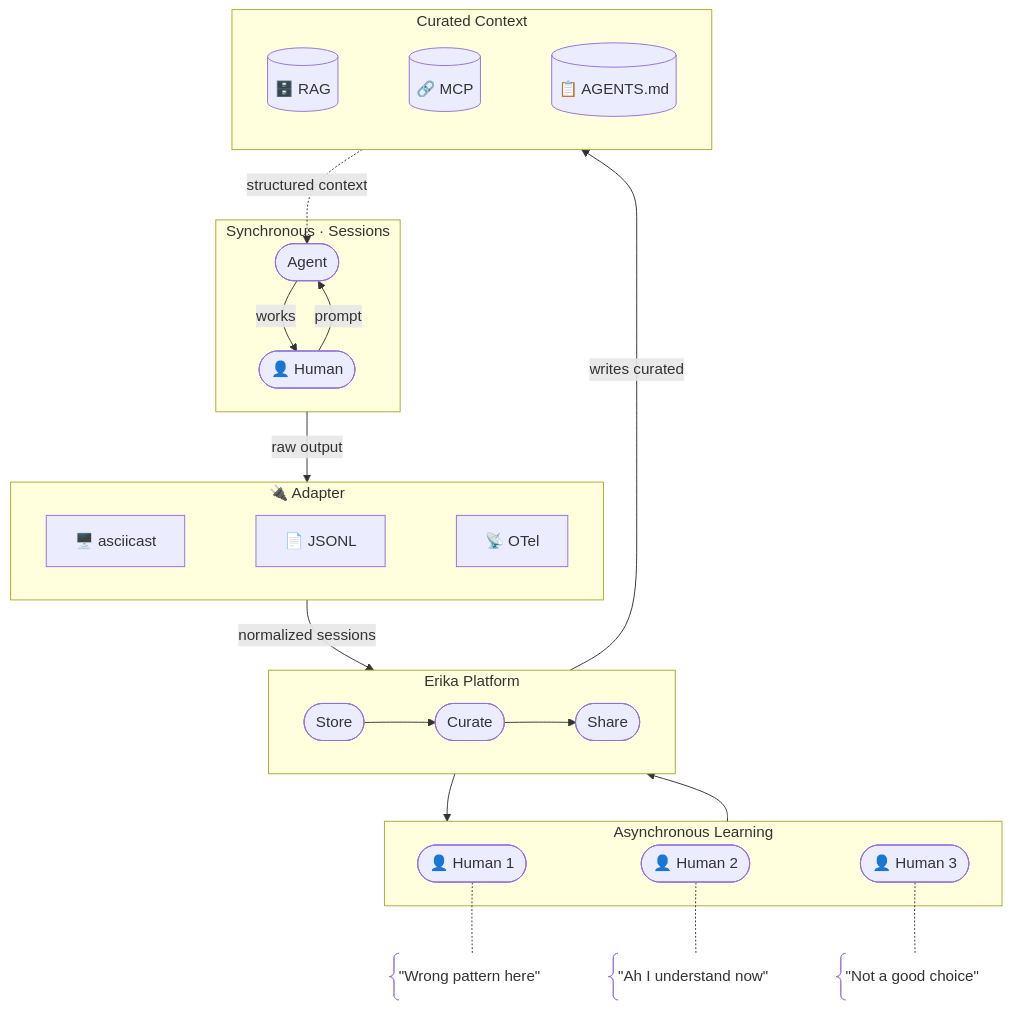
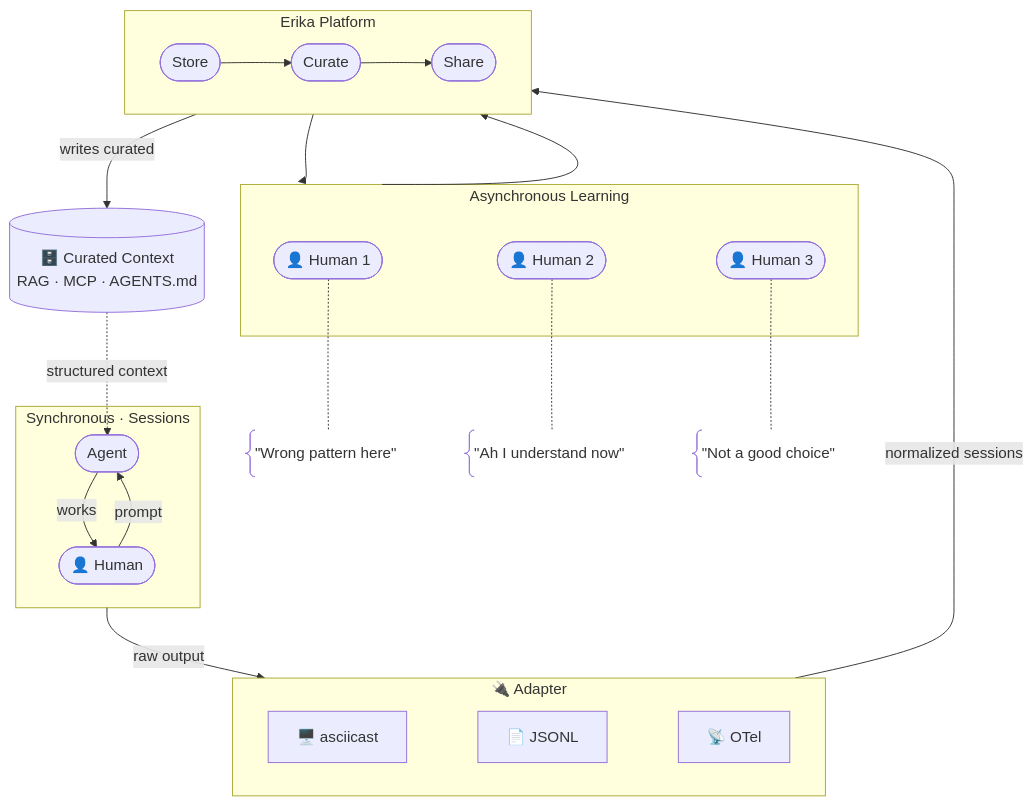
Before and after one commit to thiscantbeserious/erika: the fifth of 5 diagrams in VISION.md, drawn with Mermaid. The commit also changed 1 other file, not shown here.

Commit message:
chore: fix inverted graph layout, single curated context node
Restore original layout flow (Platform top, Session bottom-left).
Use single cylinder node for Curated Context with RAG · MCP ·
AGENTS.md label. Keep Adapter as subgraph with emoji icons.

````diff
--- a/VISION.md
+++ b/VISION.md
@@ -109,45 +109,42 @@
 ```mermaid
 %%{ init: { 'flowchart': { 'nodeSpacing': 50, 'rankSpacing': 50 } } }%%
 flowchart TD
     subgraph Session["Synchronous · Sessions"]
         Human(["👤 Human"]) -->|prompt| Agent([Agent])
         Agent -->|works| Human
     end
 
+    Session -->|raw output| Adapter
+
     subgraph Adapter["🔌 Adapter"]
         direction LR
         Asciicast["🖥️ asciicast"] ~~~ JSONL["📄 JSONL"] ~~~ OTel["📡 OTel"]
     end
 
-    Session -->|raw output| Adapter
     Adapter -->|normalized sessions| Platform
 
     subgraph Platform["Erika Platform"]
         direction LR
         Store([Store]) --> Curate([Curate]) --> Share([Share])
     end
 
     subgraph Team["Asynchronous Learning"]
         H1(["👤 Human 1"])
         H2(["👤 Human 2"])
         H3(["👤 Human 3"])
     end
 
     S1@{ shape: brace, label: '"Wrong pattern here"' }
     S2@{ shape: brace, label: '"Ah I understand now"' }
     S3@{ shape: brace, label: '"Not a good choice"' }
     H1 -.- S1
     H2 -.- S2
     H3 -.- S3
 
     Platform --> Team
     Team --> Platform
 
-    subgraph Curated["Curated Context"]
-        direction LR
-        RAG[("🗄️ RAG")] ~~~ MCP[("🔗 MCP")] ~~~ AgentsMd[("📋 AGENTS.md")]
-    end
-
+    Curated[("🗄️ Curated Context<br/>RAG · MCP · AGENTS.md")]
     Platform -->|writes curated| Curated
     Curated -.->|structured context| Agent
 ```
````
